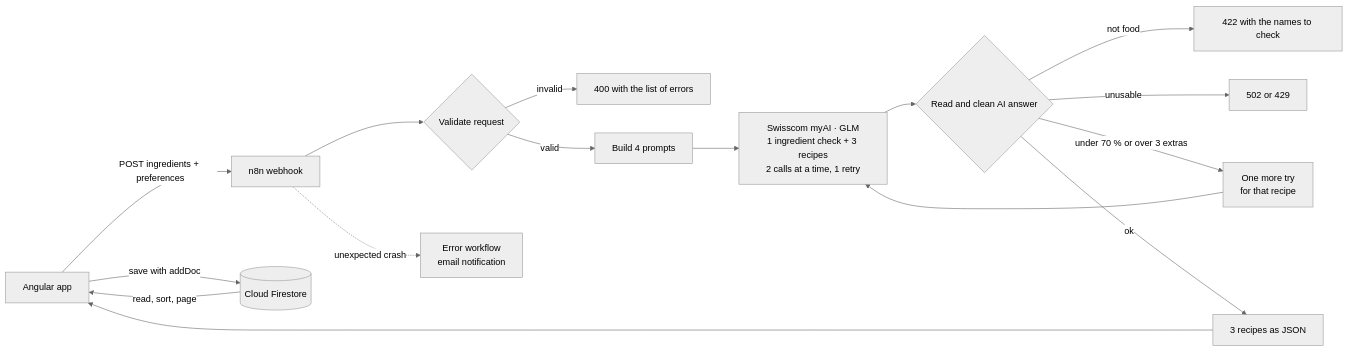
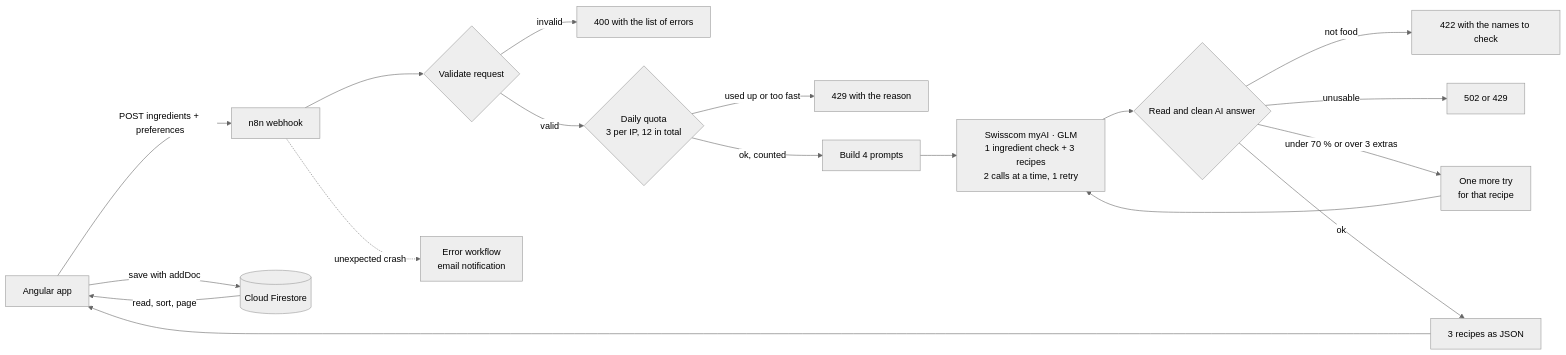
The diagram in README.md (kalelfromearth/codeacuisine), drawn with Mermaid (neutral theme) before and after one commit. The commit also changed other lines of this file and 14 other files, not shown here.

Commit message:
feat: show the daily quota in the app and block the button when it is used up

````diff
--- a/README.md
+++ b/README.md
@@ -34,18 +35,20 @@
 ```mermaid
 flowchart LR
     A[Angular app] -- "POST ingredients + preferences" --> B[n8n webhook]
     B --> C{Validate request}
     C -- invalid --> E1[400 with the list of errors]
-    C -- valid --> D[Build 4 prompts]
+    C -- valid --> Q{Daily quota<br/>3 per IP, 12 in total}
+    Q -- used up or too fast --> E0[429 with the reason]
+    Q -- ok, counted --> D[Build 4 prompts]
     D --> F[Swisscom myAI · GLM<br/>1 ingredient check + 3 recipes<br/>2 calls at a time, 1 retry]
     F --> G{Read and clean AI answer}
     G -- not food --> E2[422 with the names to check]
     G -- unusable --> E3[502 or 429]
     G -- "under 70 % or over 3 extras" --> R[One more try<br/>for that recipe]
     R --> F
     G -- ok --> H[3 recipes as JSON]
     H --> A
     A -- "save with addDoc" --> I[(Cloud Firestore)]
     I -- "read, sort, page" --> A
     B -. unexpected crash .-> J[Error workflow<br/>email notification]
 ```
````
